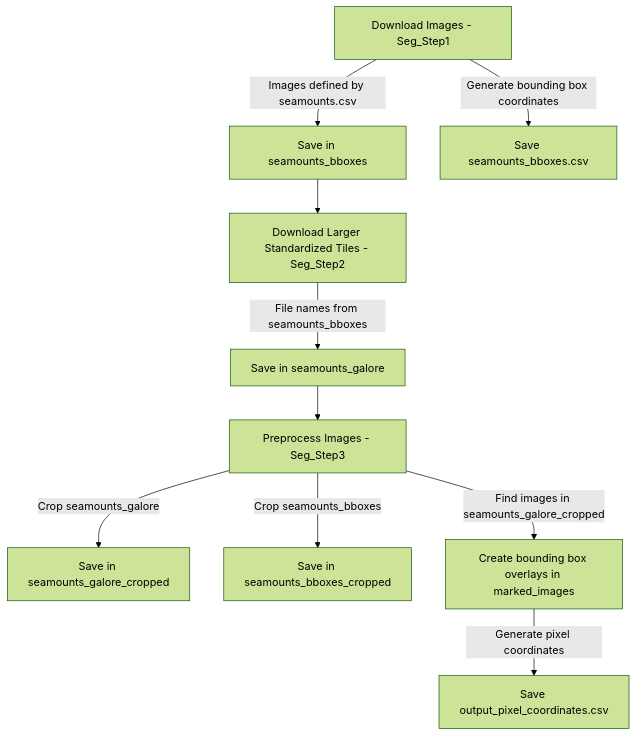
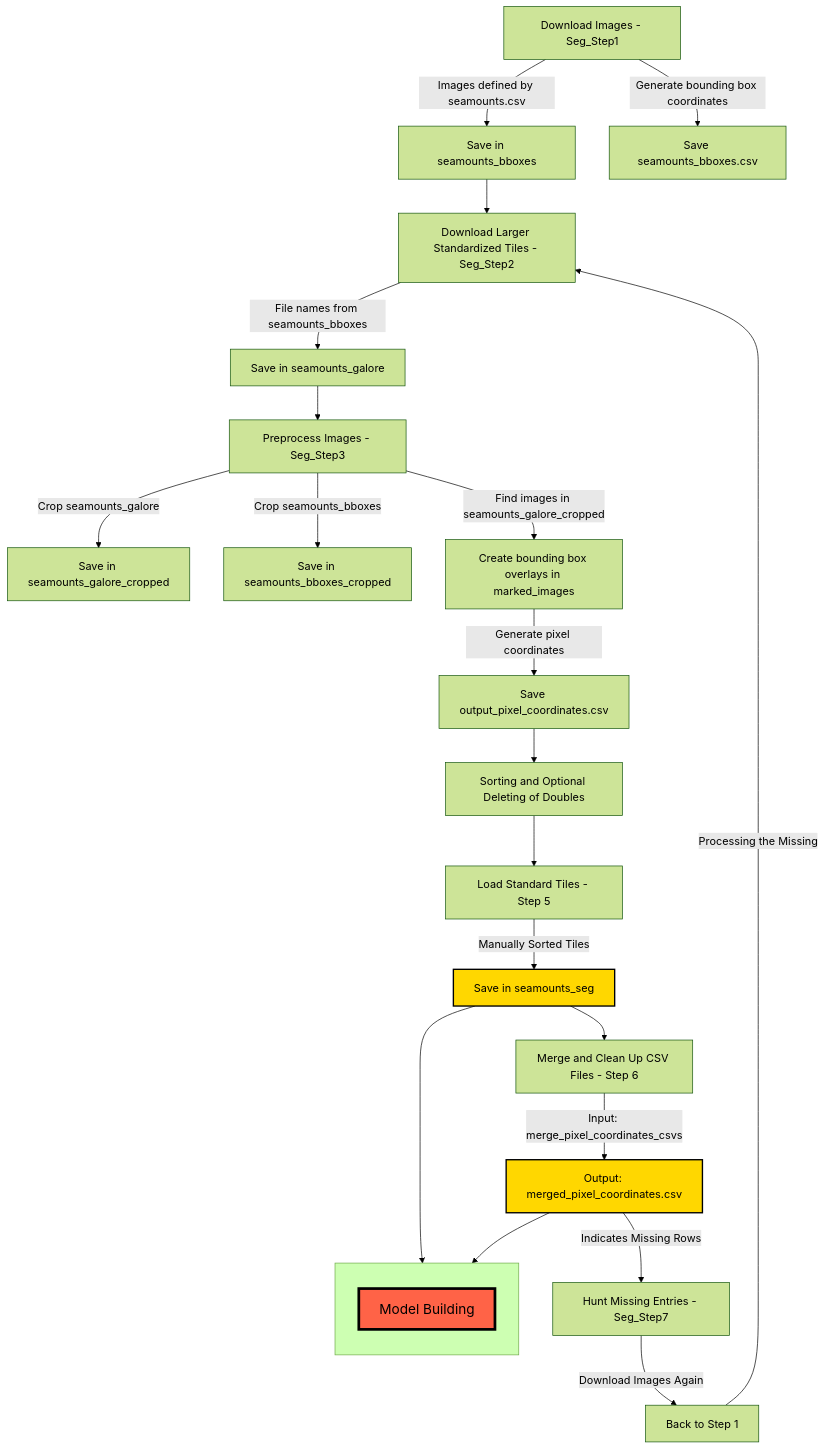
Before and after one commit to annewoelfl/Seamounts: the diagram in Workflow Image Segmentation.md, drawn with Mermaid (forest theme). The commit also changed other lines of this file, not shown here.

Commit message:
updated Image Segmentation Workflow

````diff
--- a/Workflow Image Segmentation.md
+++ b/Workflow Image Segmentation.md
@@ -3,13 +3,38 @@
 ```mermaid
 graph TD
     A[Download Images - Seg_Step1] -->|Images defined by seamounts.csv| B[Save in seamounts_bboxes]
     A -->|Generate bounding box coordinates| C[Save seamounts_bboxes.csv]
     B --> D[Download Larger Standardized Tiles - Seg_Step2]
     D -->|File names from seamounts_bboxes| E[Save in seamounts_galore]
     E --> F[Preprocess Images - Seg_Step3]
     F -->|Crop seamounts_galore| G[Save in seamounts_galore_cropped]
     F -->|Crop seamounts_bboxes| H[Save in seamounts_bboxes_cropped]
     F -->|Find images in seamounts_galore_cropped| I[Create bounding box overlays in marked_images]
     I -->|Generate pixel coordinates| J[Save output_pixel_coordinates.csv]
+    J --> K[Sorting and Optional Deleting of Doubles]
+    K --> L[Load Standard Tiles - Step 5]
+    L -->|Manually Sorted Tiles| M[Save in seamounts_seg]
+    M --> N[Merge and Clean Up CSV Files - Step 6]
+    N -->|Input: merge_pixel_coordinates_csvs| O[Output: merged_pixel_coordinates.csv]
+    O -->|Indicates Missing Rows| P[Hunt Missing Entries - Seg_Step7]
+    P -->|Download Images Again| Q[Back to Step 1]
+    Q -->|Processing the Missing| D
+
+    %% Highlight important outputs
+    style M fill:#FFD700,stroke:#000,stroke-width:2px, color:#000
+    style O fill:#FFD700,stroke:#000,stroke-width:2px, color:#000
+
+    %% New additions for Model Building
+    M --> R[Model Building]
+    O --> R[Model Building]
+
+    %% Move "Model Building" to the bottom and make it larger
+    style R fill:#ff6347,stroke:#000,stroke-width:4px, font-size:20px
+    subgraph " "
+        direction TB
+        R
+    end
+
+
 
 ```
````
